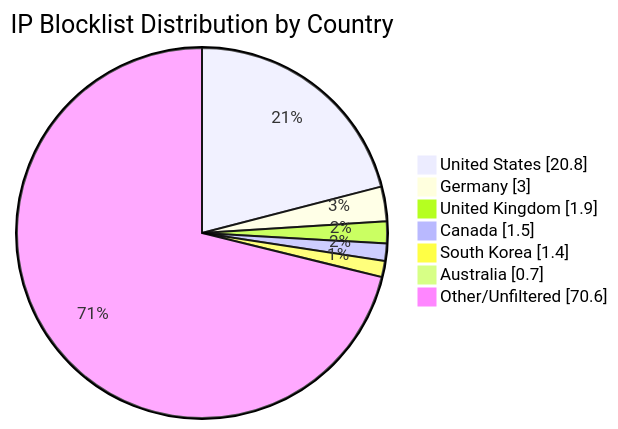
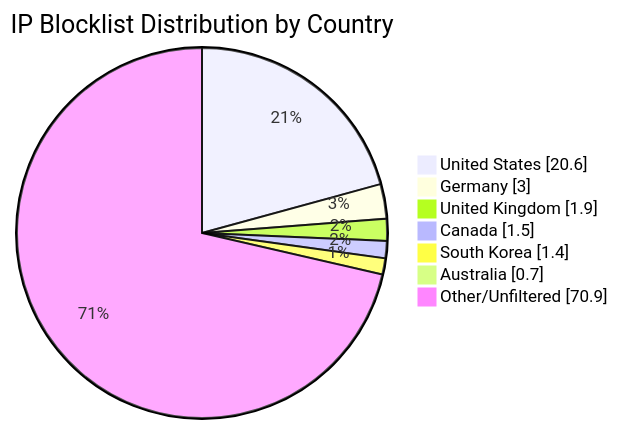
The diagram in README.md (MarcusHoltz/ipblocklist-geofiltered-aggregator), drawn with Mermaid before and after one commit. The commit also changed other lines of this file and 9 other files, not shown here.

````diff
--- a/README.md
+++ b/README.md
@@ -34,10 +34,10 @@
 ```mermaid
 pie showData title IP Blocklist Distribution by Country
-"United States" : 20.8
+"United States" : 20.6
 "Germany" : 3.0
 "United Kingdom" : 1.9
 "Canada" : 1.5
 "South Korea" : 1.4
 "Australia" : 0.7
-"Other/Unfiltered" : 70.6
+"Other/Unfiltered" : 70.9
 ```
````
